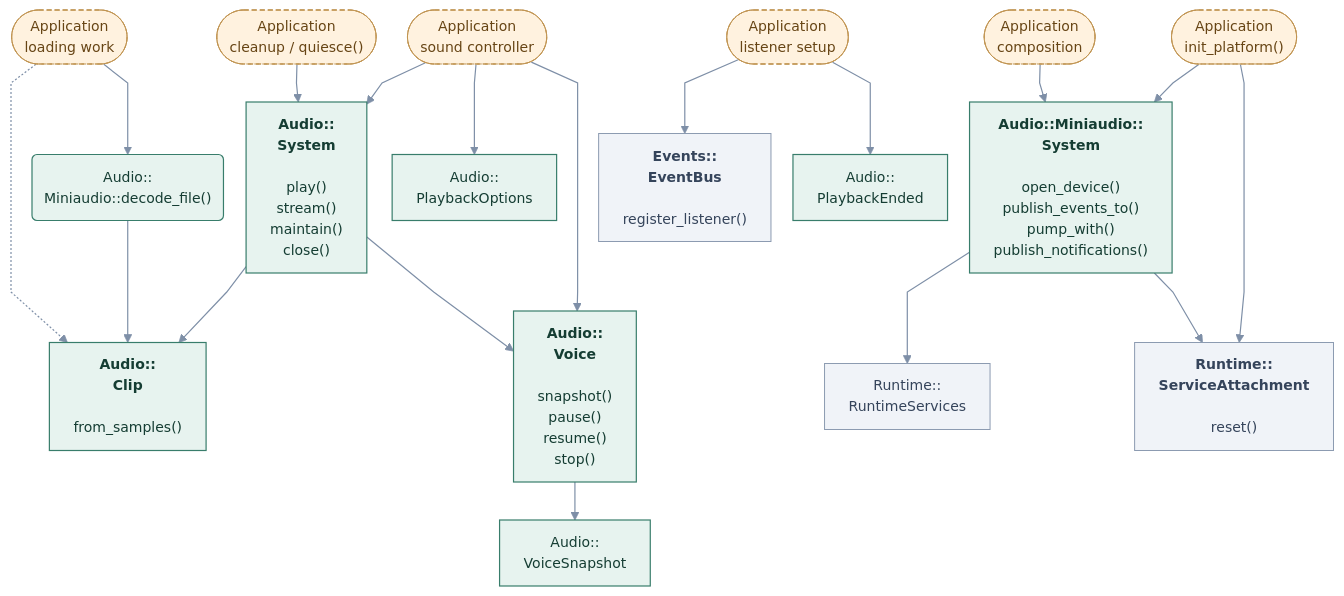
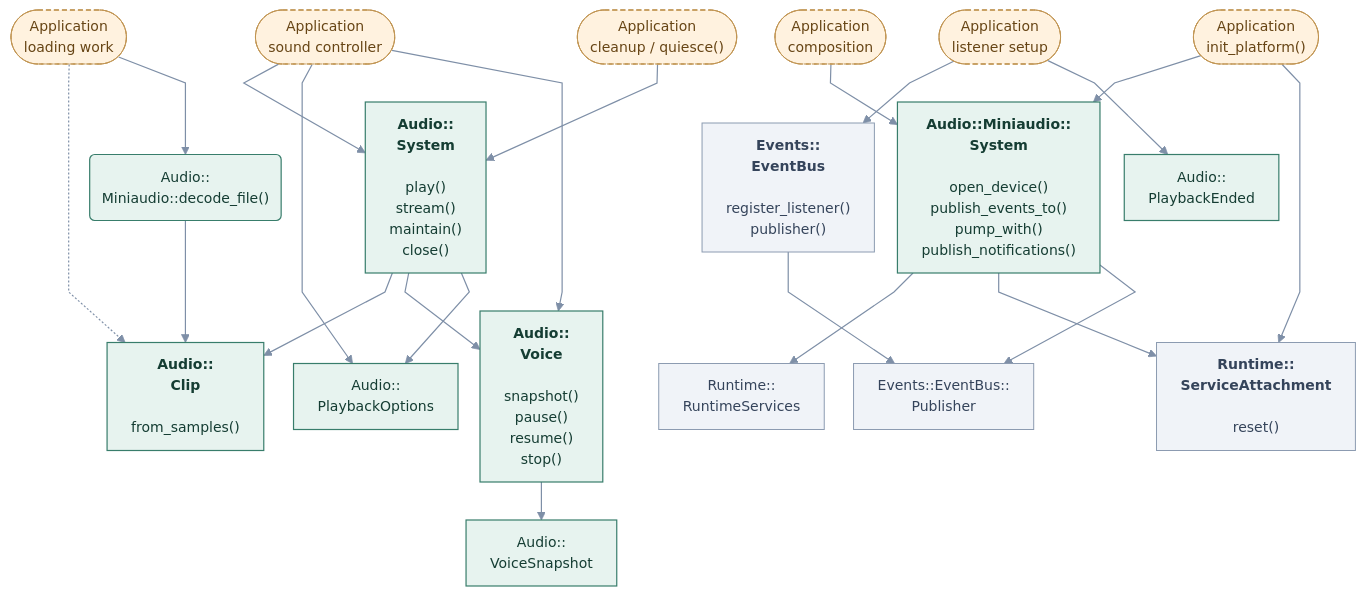
The diagram in docs/site/engine-systems/diagrams/audio-application.mmd (cppcooper/cheryl-engine), drawn with Mermaid before and after one commit. The commit also changed 15 other files, not shown here.

```diff
--- a/docs/site/engine-systems/diagrams/audio-application.mmd
+++ b/docs/site/engine-systems/diagrams/audio-application.mmd
@@ -1,55 +1,59 @@
 ---
 config:
   theme: base
   themeVariables:
     fontFamily: system-ui, sans-serif
     fontSize: 14px
   flowchart:
     htmlLabels: true
     curve: linear
     nodeSpacing: 22
     rankSpacing: 38
     padding: 12
 ---
 flowchart TB
     accTitle: Audio · application-owned playback and outcomes
     accDescr: Arrows point toward the API or type used, not call order or data flow. Methods beneath type names are selected application entry points; Implement hooks marks engine-invoked overrides. Dashed arrows mark optional choices.
     k0(["Application<br/>composition"]):::app
     k1["<b>Audio::Miniaudio::<br/>System</b><br/><br/>open_device()<br/>publish_events_to()<br/>pump_with()<br/>publish_notifications()"]:::focal
     k2(["Application<br/>loading work"]):::app
     k3("Audio::<br/>Miniaudio::decode_file()"):::focal
     k4["<b>Audio::<br/>Clip</b><br/><br/>from_samples()"]:::focal
     k5(["Application<br/>sound controller"]):::app
     k6["<b>Audio::<br/>System</b><br/><br/>play()<br/>stream()<br/>maintain()<br/>close()"]:::focal
     k7["Audio::<br/>PlaybackOptions"]:::focal
     k8["<b>Audio::<br/>Voice</b><br/><br/>snapshot()<br/>pause()<br/>resume()<br/>stop()"]:::focal
     k9["Audio::<br/>VoiceSnapshot"]:::focal
     k10(["Application<br/>listener setup"]):::app
-    k11["<b>Events::<br/>EventBus</b><br/><br/>register_listener()"]:::neighbor
+    k11["<b>Events::<br/>EventBus</b><br/><br/>register_listener()<br/>publisher()"]:::neighbor
     k12["Audio::<br/>PlaybackEnded"]:::focal
     k13(["Application<br/>init_platform()"]):::app
     k14["Runtime::<br/>RuntimeServices"]:::neighbor
     k15["<b>Runtime::<br/>ServiceAttachment</b><br/><br/>reset()"]:::neighbor
     k16(["Application<br/>cleanup / quiesce()"]):::app
+    k17["Events::EventBus::<br/>Publisher"]:::neighbor
     k0 --> k1
     k2 -.-> k4
     k5 --> k6
     k5 --> k7
     k6 --> k4
     k6 --> k8
     k5 --> k8
     k8 --> k9
     k10 --> k11
     k10 --> k12
     k13 --> k1
     k1 --> k14
     k1 --> k15
     k13 --> k15
     k16 --> k6
     k2 --> k3
     k3 --> k4
+    k6 --> k7
+    k11 --> k17
+    k1 --> k17
     classDef focal fill:#e7f3ef,stroke:#387d6b,color:#153d33,stroke-width:1.2px
     classDef neighbor fill:#f0f3f8,stroke:#8c9bb1,color:#35445b,stroke-width:1px
     classDef app fill:#fff2df,stroke:#c09452,color:#674515,stroke-dasharray:5 3
     classDef system fill:#eaf0fc,stroke:#617fab,color:#263f69,stroke-width:1.2px
     linkStyle default stroke:#7e8fa7,stroke-width:1.2px
```
